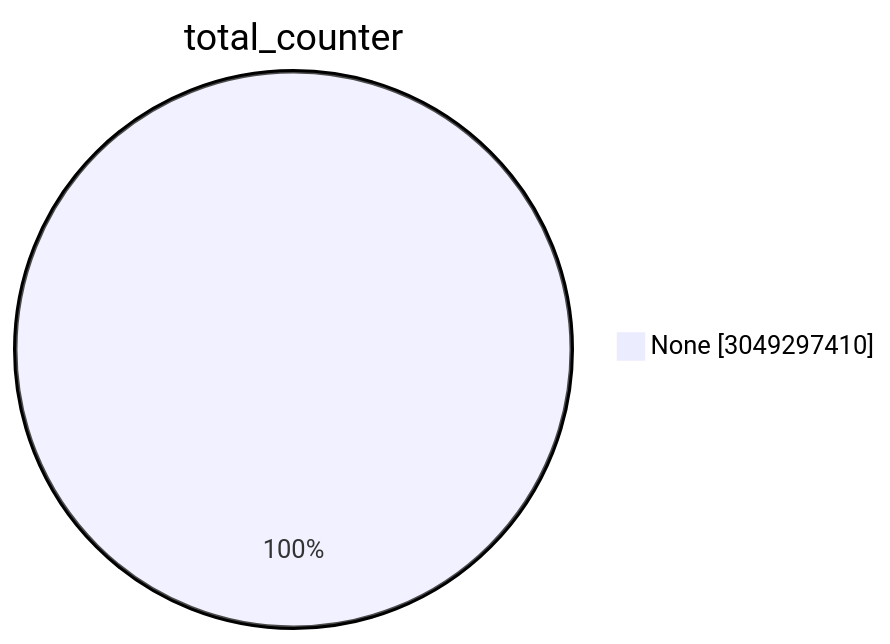
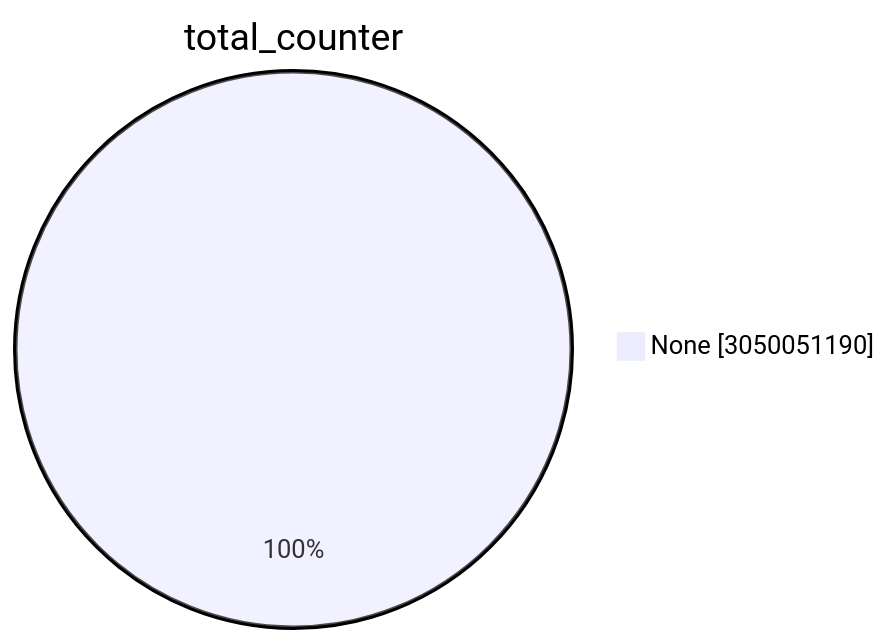
The first of 15 diagrams in TOTAL/README.md (christiankrug/ctmonitor_visualization), drawn with Mermaid before and after one commit. The commit also changed other lines of this file, not shown here.

````diff
--- a/TOTAL/README.md
+++ b/TOTAL/README.md
@@ -1,5 +1,5 @@
 ```mermaid
 pie showData
 title total_counter
-"None" :3049297410
+"None" :3050051190
 ```
````
